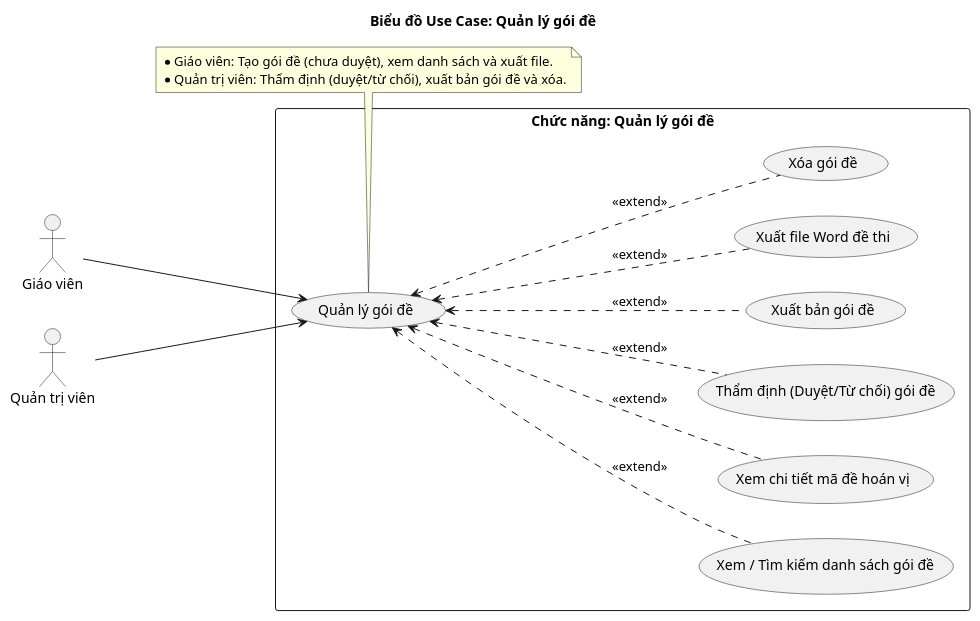
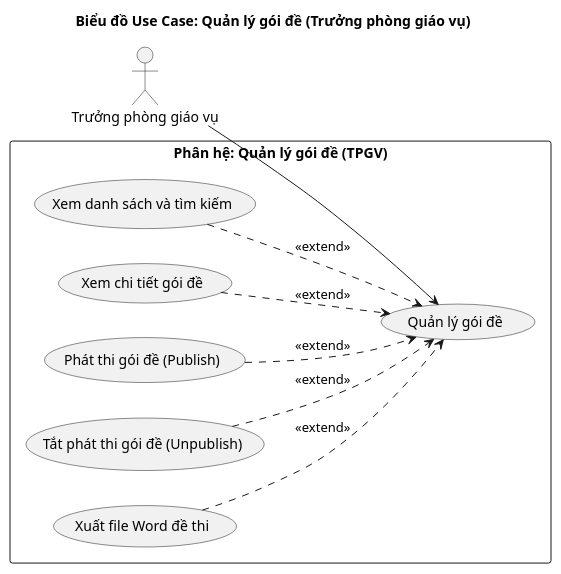
One commit to VuKV03/do-an-tot-nghiep changed the first of 4 diagrams in Usecase/quanlygoide.md. Above: the diagram before and after it, drawn with PlantUML. The commit also changed other lines of this file and 10 other files, not shown here.

````diff
--- a/Usecase/quanlygoide.md
+++ b/Usecase/quanlygoide.md
@@ -26,36 +22,27 @@
 ```plantuml
 @startuml
-title Biểu đồ Use Case: Quản lý gói đề
+title Biểu đồ Use Case: Quản lý gói đề (Trưởng phòng giáo vụ)
 
 left to right direction
 skinparam packageStyle rectangle
 
-actor "Giáo viên" as GV
-actor "Quản trị viên" as Admin
+actor "Trưởng phòng giáo vụ" as TPGV
 
-rectangle "Chức năng: Quản lý gói đề" {
+rectangle "Phân hệ: Quản lý gói đề (TPGV)" {
   usecase "Quản lý gói đề" as MainUC
-  usecase "Xem / Tìm kiếm danh sách gói đề" as UC_Xem
-  usecase "Xem chi tiết mã đề hoán vị" as UC_ChiTiet
-  usecase "Thẩm định (Duyệt/Từ chối) gói đề" as UC_Duyet
-  usecase "Xuất bản gói đề" as UC_XuatBan
-  usecase "Xuất file Word đề thi" as UC_XuatFile
-  usecase "Xóa gói đề" as UC_Xoa
+  usecase "Xem danh sách và tìm kiếm" as UC_Xem
+  usecase "Xem chi tiết gói đề" as UC_ChiTiet
+  usecase "Phát thi gói đề (Publish)" as UC_Publish
+  usecase "Tắt phát thi gói đề (Unpublish)" as UC_Unpublish
+  usecase "Xuất file Word đề thi" as UC_ExportWord
 
-  MainUC <.. UC_Xem : <<extend>>
-  MainUC <.. UC_ChiTiet : <<extend>>
-  MainUC <.. UC_Duyet : <<extend>>
-  MainUC <.. UC_XuatBan : <<extend>>
-  MainUC <.. UC_XuatFile : <<extend>>
-  MainUC <.. UC_Xoa : <<extend>>
+  UC_Xem ..> MainUC : <<extend>>
+  UC_ChiTiet ..> MainUC : <<extend>>
+  UC_Publish ..> MainUC : <<extend>>
+  UC_Unpublish ..> MainUC : <<extend>>
+  UC_ExportWord ..> MainUC : <<extend>>
 }
 
-GV --> MainUC
-Admin --> MainUC
-
-note bottom of MainUC
-  * Giáo viên: Tạo gói đề (chưa duyệt), xem danh sách và xuất file.
-  * Quản trị viên: Thẩm định (duyệt/từ chối), xuất bản gói đề và xóa.
-end note
+TPGV --> MainUC
 @enduml
 ```
````
